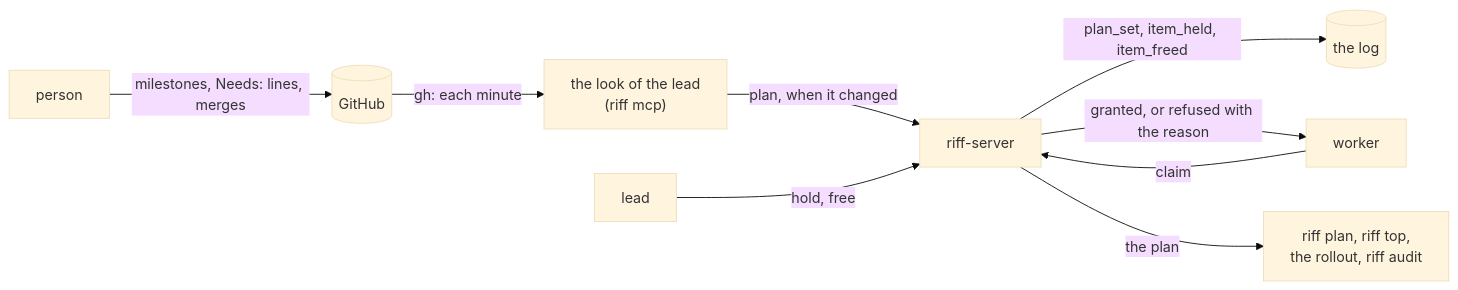
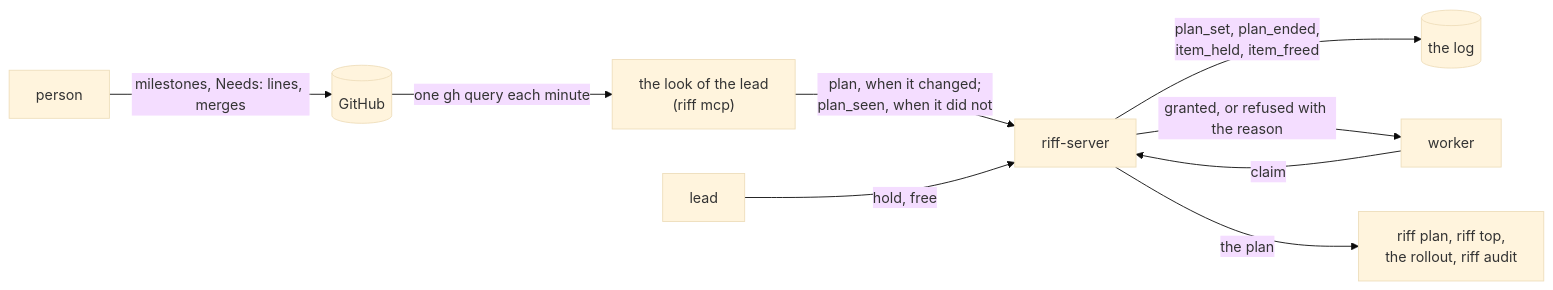
Before and after one commit to como-technologies/riff: the first of 3 diagrams in docs/src/design-plan.md, drawn with Mermaid (base theme). The commit also changed other lines of this file and 2 other files, not shown here.

Commit message:
WIP: the design of the plan after the two reviews

````diff
--- a/docs/src/design-plan.md
+++ b/docs/src/design-plan.md
@@ -40,11 +41,11 @@
 ```mermaid
 flowchart LR
     P[person] -->|milestones, Needs: lines, merges| G[(GitHub)]
-    G -->|gh: each minute| L["the look of the lead<br/>(riff mcp)"]
-    L -->|"plan, when it changed"| S[riff-server]
+    G -->|"one gh query each minute"| L["the look of the lead<br/>(riff mcp)"]
+    L -->|"plan, when it changed;<br/>plan_seen, when it did not"| S[riff-server]
     LD[lead] -->|"hold, free"| S
-    S -->|plan_set, item_held, item_freed| LOG[(the log)]
+    S -->|"plan_set, plan_ended,<br/>item_held, item_freed"| LOG[(the log)]
     W[worker] -->|claim| S
     S -->|"granted, or refused with the reason"| W
     S -->|the plan| V["riff plan, riff top,<br/>the rollout, riff audit"]
 ```
````
